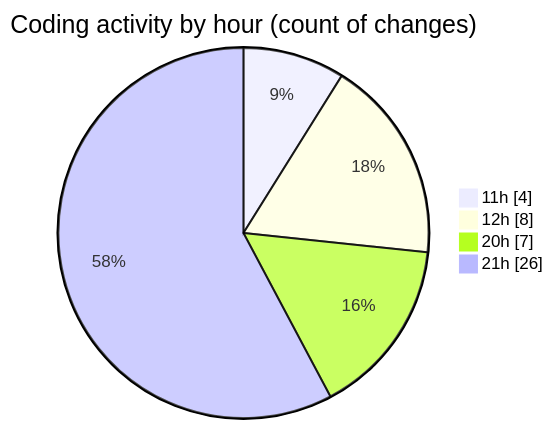
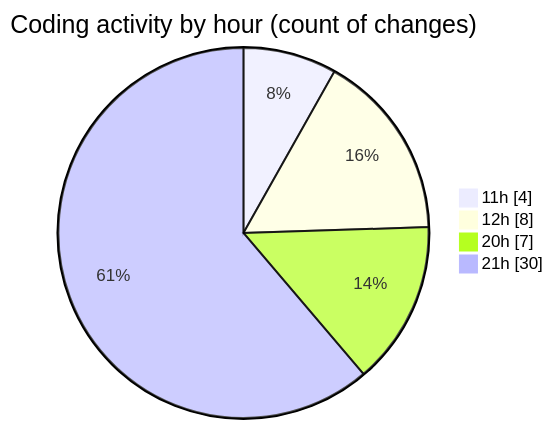
One commit to nxtqubesakshisongat/code-tracking changed the second of 2 diagrams in 2025-10-24/javacript/README.md. Above: the diagram before and after it, drawn with Mermaid. The commit also changed other lines of this file and 1 other file, not shown here.

````diff
--- a/2025-10-24/javacript/README.md
+++ b/2025-10-24/javacript/README.md
@@ -28,8 +28,8 @@
 ```mermaid
 pie showData
 title Coding activity by hour (count of changes)
 "11h" : 4
 "12h" : 8
 "20h" : 7
-"21h" : 26
+"21h" : 30
 ```
````
